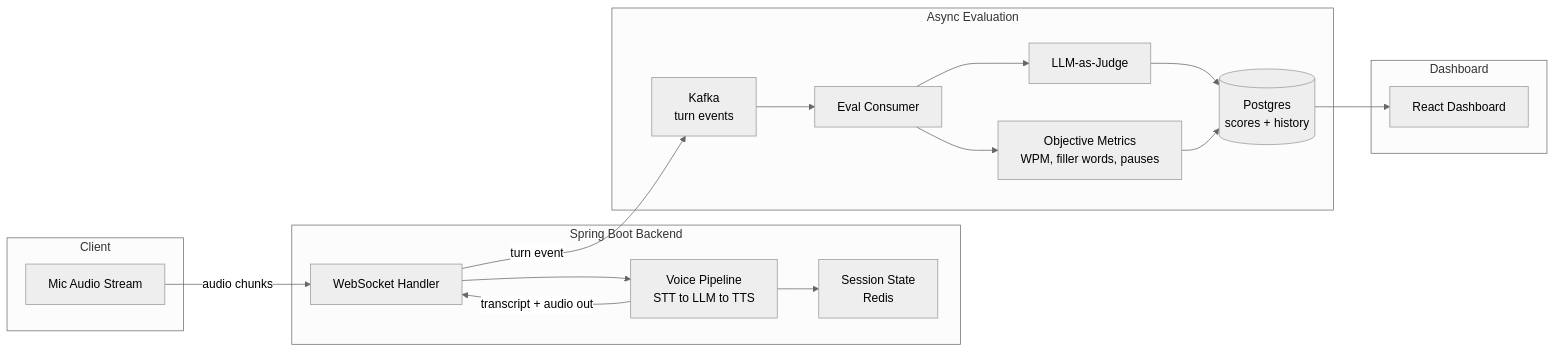
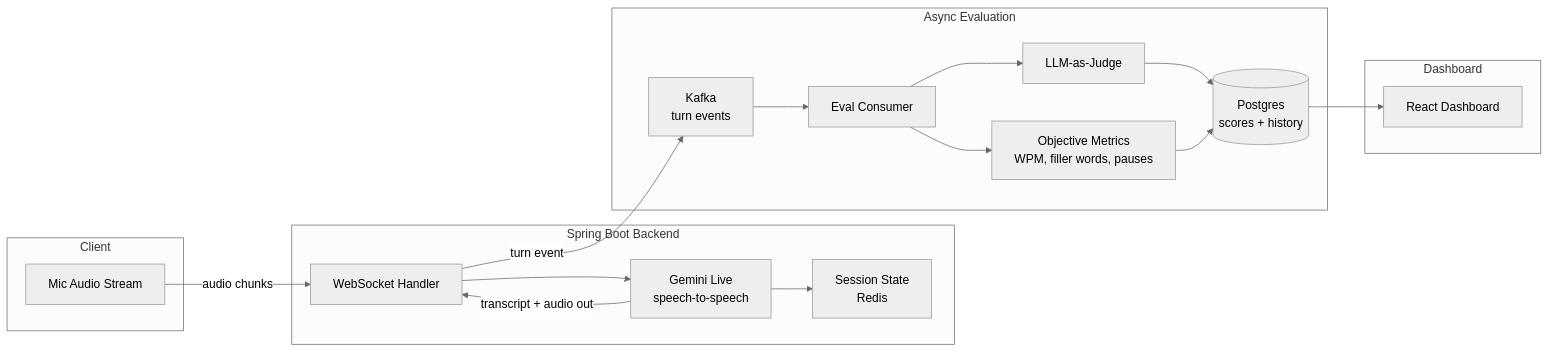
The diagram in README.md (swethask1719/cadenceai), drawn with Mermaid (neutral theme) before and after one commit. The commit also changed other lines of this file and 3 other files, not shown here.

Commit message:
changed to Gemini Live handles full voice loop, drop separate STT/TTS

````diff
--- a/README.md
+++ b/README.md
@@ -13,36 +13,36 @@
 ```mermaid
 flowchart LR
     subgraph Client
         A[Mic Audio Stream]
     end
 
     subgraph Backend[Spring Boot Backend]
         B[WebSocket Handler]
-        C[Voice Pipeline<br/>STT to LLM to TTS]
+        C[Gemini Live<br/>speech-to-speech]
         D[Session State<br/>Redis]
     end
 
     subgraph Async[Async Evaluation]
         E[Kafka<br/>turn events]
         F[Eval Consumer]
         G[LLM-as-Judge]
         H[Objective Metrics<br/>WPM, filler words, pauses]
         I[(Postgres<br/>scores + history)]
     end
 
     subgraph UI[Dashboard]
         J[React Dashboard]
     end
 
     A -->|audio chunks| B
     B --> C
     C -->|transcript + audio out| B
     B -->|turn event| E
     C --> D
     E --> F
     F --> G
     F --> H
     G --> I
     H --> I
     I --> J
 ```
````
